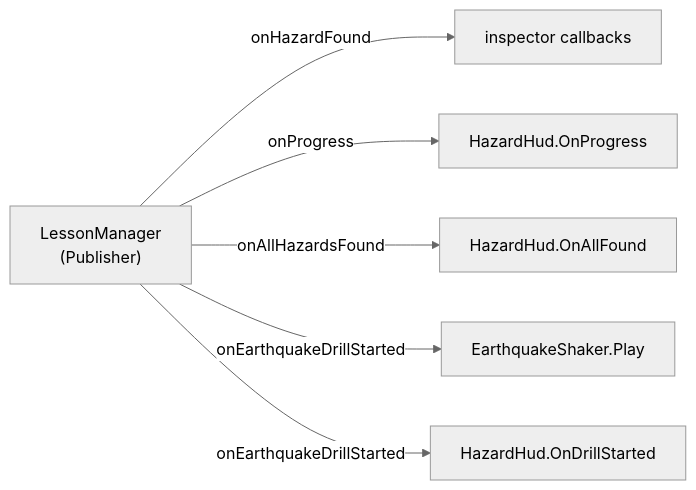
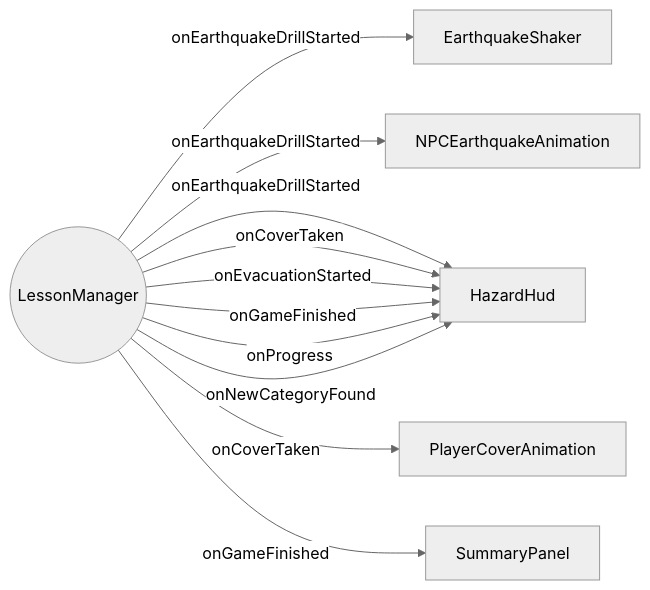
Before and after one commit to ikhsanurasidb/EarthquakeSim: the third of 5 diagrams in ARCHITECTURE.md, drawn with Mermaid (neutral theme). The commit also changed other lines of this file and 1 other file, not shown here.

````diff
--- a/ARCHITECTURE.md
+++ b/ARCHITECTURE.md
@@ -399,9 +156,15 @@
 ```mermaid
-flowchart LR
-    PUB["LessonManager\n(Publisher)"]
-    PUB -->|onHazardFound| A[inspector callbacks]
-    PUB -->|onProgress| B[HazardHud.OnProgress]
-    PUB -->|onAllHazardsFound| C[HazardHud.OnAllFound]
-    PUB -->|onEarthquakeDrillStarted| D[EarthquakeShaker.Play]
-    PUB -->|onEarthquakeDrillStarted| E[HazardHud.OnDrillStarted]
+graph LR
+    LM((LessonManager))
+
+    LM -->|onEarthquakeDrillStarted| ES[EarthquakeShaker]
+    LM -->|onEarthquakeDrillStarted| NPC[NPCEarthquakeAnimation]
+    LM -->|onEarthquakeDrillStarted| HH[HazardHud]
+    LM -->|onCoverTaken| PCA[PlayerCoverAnimation]
+    LM -->|onCoverTaken| HH
+    LM -->|onEvacuationStarted| HH
+    LM -->|onGameFinished| SP[SummaryPanel]
+    LM -->|onGameFinished| HH
+    LM -->|onProgress| HH
+    LM -->|onNewCategoryFound| HH
 ```
````
